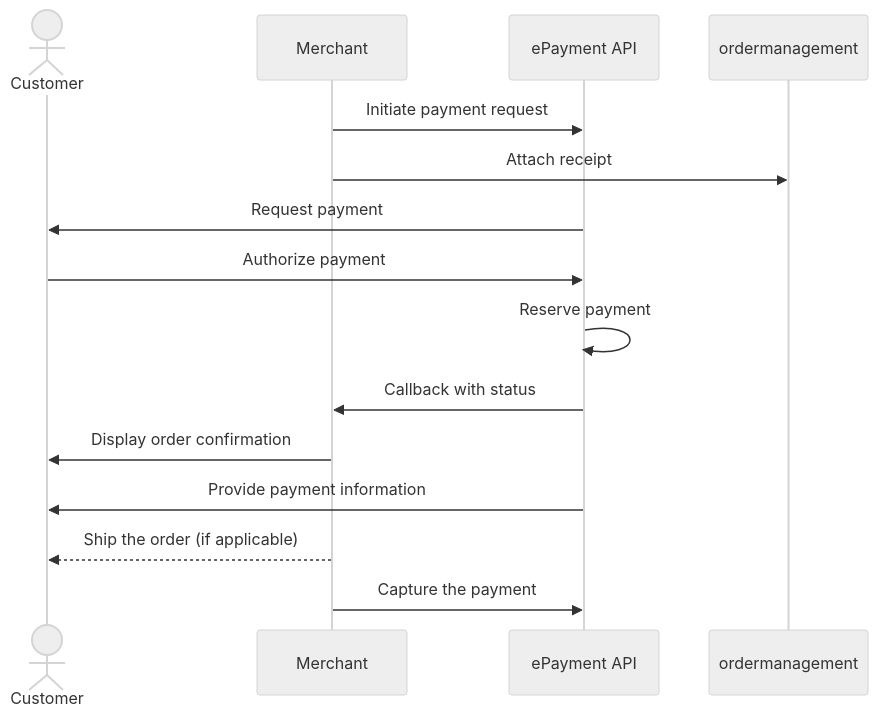
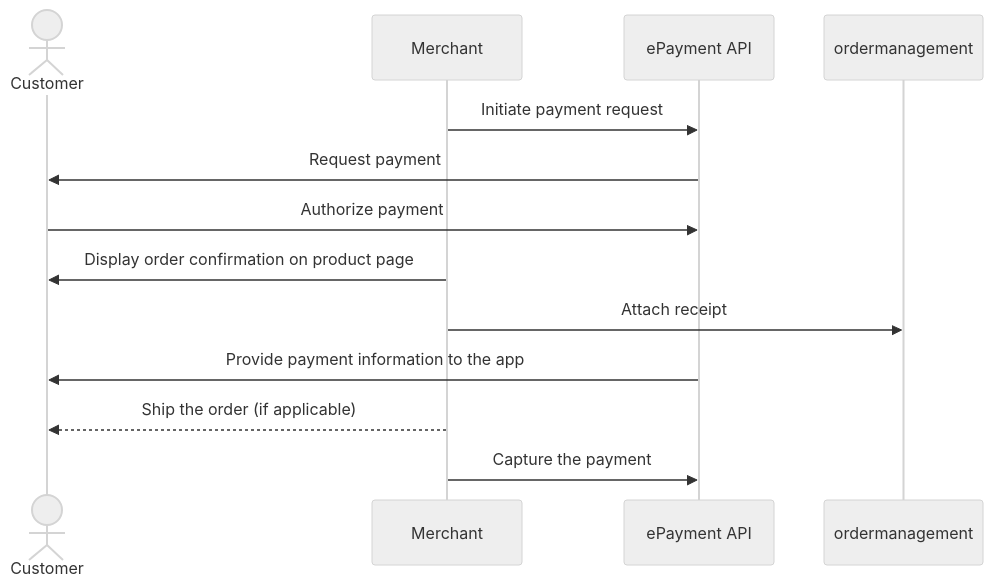
One commit to vippsas/vipps-solutions changed the diagram in invoice-through-epayments/payment-sent-as-link.md. Above: the diagram before and after it, drawn with Mermaid (neutral theme). The commit also changed 10 other files, not shown here.

Commit message:
Align and simplify all sequence diagrams

````diff
--- a/invoice-through-epayments/payment-sent-as-link.md
+++ b/invoice-through-epayments/payment-sent-as-link.md
@@ -60,17 +60,15 @@
 ``` mermaid
 sequenceDiagram
     actor C as Customer
     participant M as Merchant
     participant ePayment as ePayment API
     
     M->>ePayment: Initiate payment request
-    M->> ordermanagement: Attach receipt
     ePayment->>C: Request payment
     C->>ePayment: Authorize payment
-    ePayment->>ePayment: Reserve payment
-    ePayment->>M: Callback with status
-    M->>C: Display order confirmation
-    ePayment->>C: Provide payment information
+    M->>C: Display order confirmation on product page
+    M->> ordermanagement: Attach receipt
+    ePayment->>C: Provide payment information to the app
     M-->>C: Ship the order (if applicable)
     M->>ePayment: Capture the payment
 ```
````
